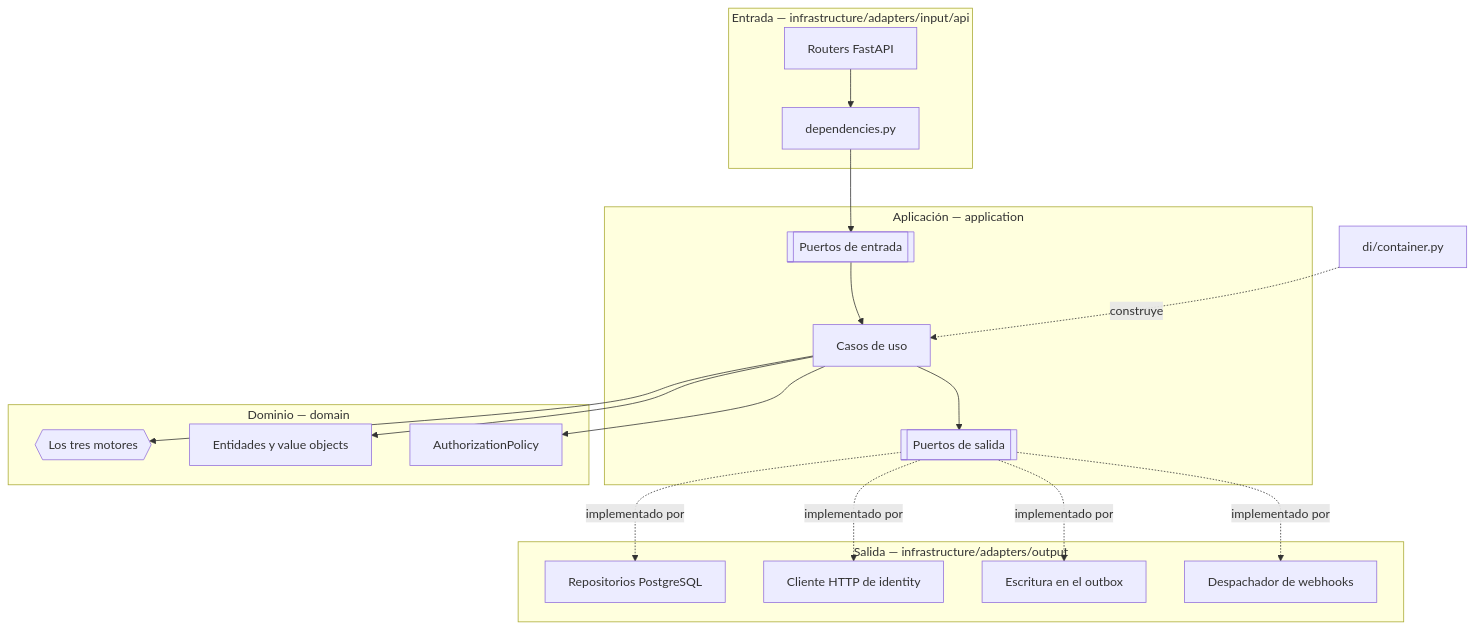
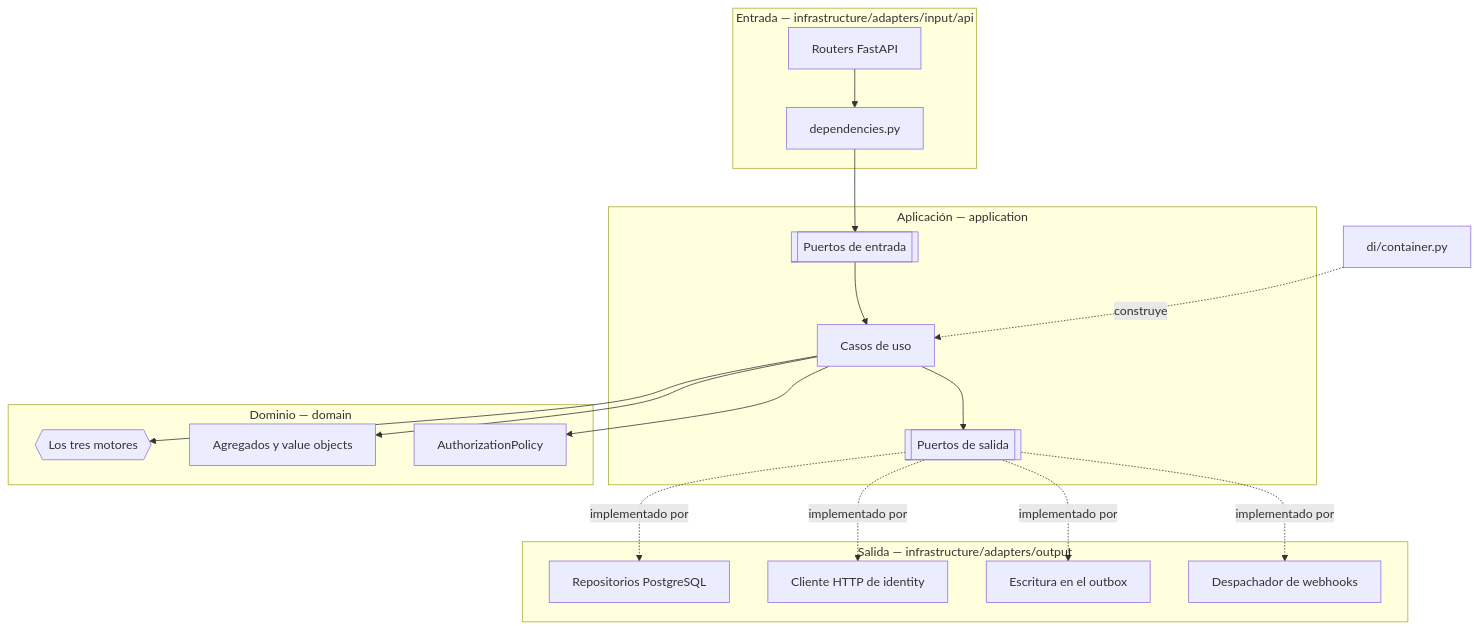
One commit to MDCIrony/leads-hexa changed the diagram in docs/content/arquitectura/c4-componentes.md. Above: the diagram before and after it, drawn with Mermaid. The commit also changed other lines of this file and 23 other files, not shown here.

````diff
--- a/docs/content/arquitectura/c4-componentes.md
+++ b/docs/content/arquitectura/c4-componentes.md
@@ -12,39 +11,39 @@
 ```mermaid
 flowchart TD
     subgraph ENTRADA["Entrada — infrastructure/adapters/input/api"]
         ROUTERS["Routers FastAPI"]
         DEPS["dependencies.py"]
     end
 
     subgraph APP["Aplicación — application"]
         PIN[["Puertos de entrada"]]
         UC["Casos de uso"]
         POUT[["Puertos de salida"]]
     end
 
     subgraph DOM["Dominio — domain"]
         ENG{{"Los tres motores"}}
-        ENT["Entidades y value objects"]
+        ENT["Agregados y value objects"]
         POL["AuthorizationPolicy"]
     end
 
     subgraph SALIDA["Salida — infrastructure/adapters/output"]
         SQL["Repositorios PostgreSQL"]
         IDHTTP["Cliente HTTP de identity"]
         OUTBOX["Escritura en el outbox"]
         HTTPX["Despachador de webhooks"]
     end
 
     DI["di/container.py"]
 
     ROUTERS --> DEPS --> PIN --> UC
     UC --> ENG
     UC --> ENT
     UC --> POL
     UC --> POUT
     POUT -.->|implementado por| SQL
     POUT -.->|implementado por| IDHTTP
     POUT -.->|implementado por| OUTBOX
     POUT -.->|implementado por| HTTPX
     DI -.->|construye| UC
 ```
````
